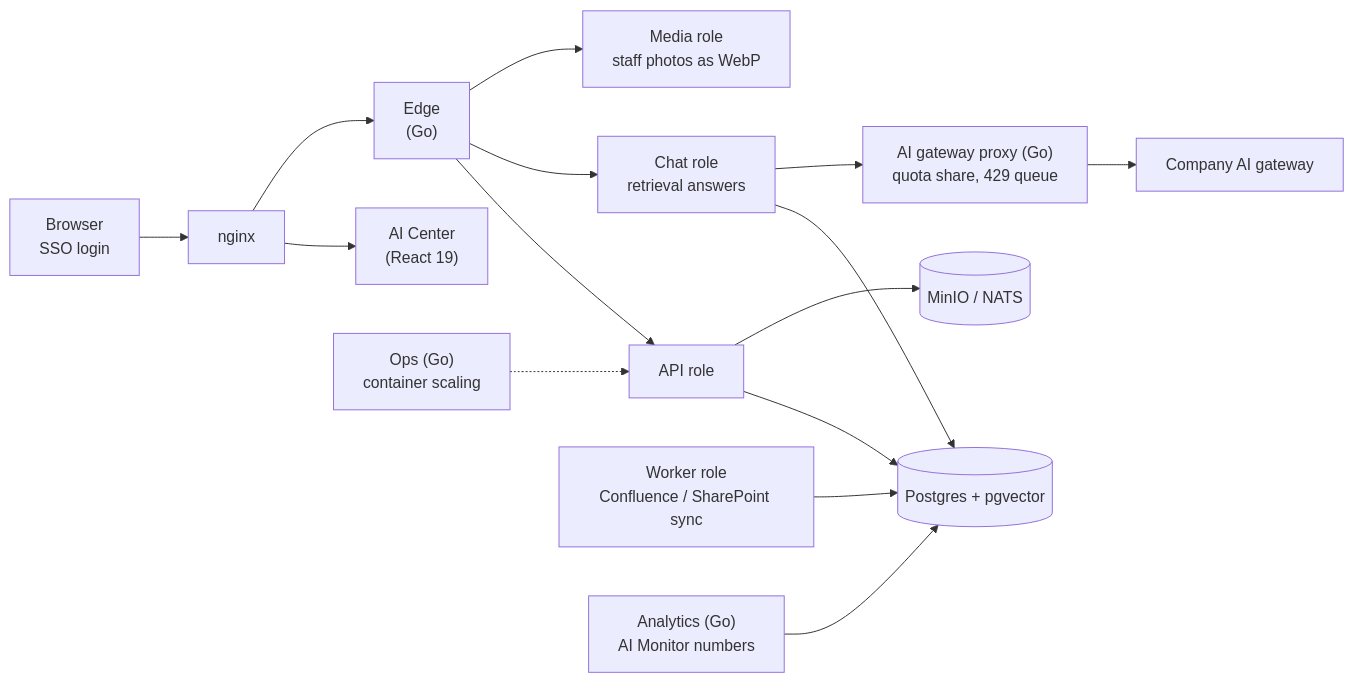
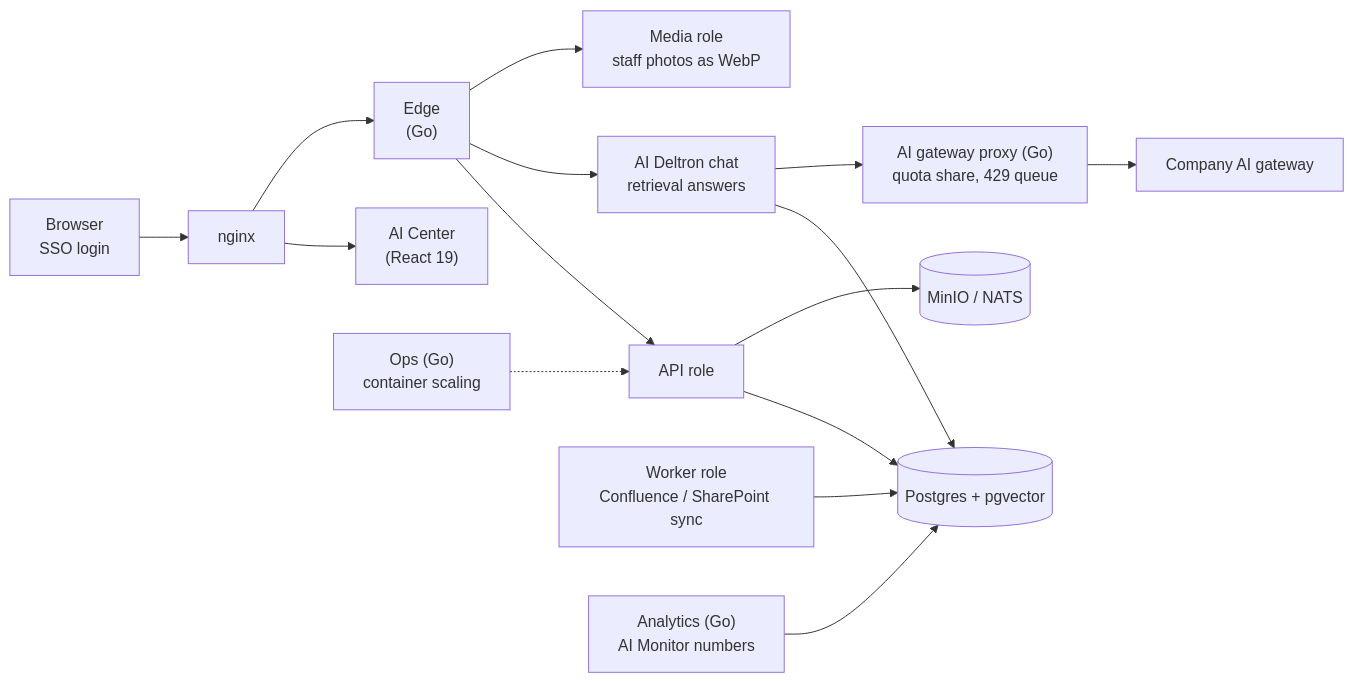
One commit to raven-clown/raven-clown changed the sixth of 13 diagrams in README.md. Above: the diagram before and after it, drawn with Mermaid. The commit also changed other lines of this file and 2 other files, not shown here.

Commit message:
Split AI OpenSearch, AI Deltron and AI Center correctly

````diff
--- a/README.md
+++ b/README.md
@@ -327,17 +327,17 @@
 ```mermaid
 flowchart LR
     User["Browser\nSSO login"] --> Nginx["nginx"]
     Nginx --> Portal["AI Center\n(React 19)"]
     Nginx --> Edge["Edge\n(Go)"]
     Edge --> API["API role"]
-    Edge --> Chat["Chat role\nretrieval answers"]
+    Edge --> Chat["AI Deltron chat\nretrieval answers"]
     Edge --> Media["Media role\nstaff photos as WebP"]
     Worker["Worker role\nConfluence / SharePoint sync"] --> PG
     API --> PG[("Postgres + pgvector")]
     Chat --> PG
     Chat --> AIGW["AI gateway proxy (Go)\nquota share, 429 queue"]
     AIGW --> Corp["Company AI gateway"]
     API --> Store[("MinIO / NATS")]
     Ops["Ops (Go)\ncontainer scaling"] -.-> API
     Analytics["Analytics (Go)\nAI Monitor numbers"] --> PG
 ```
````
